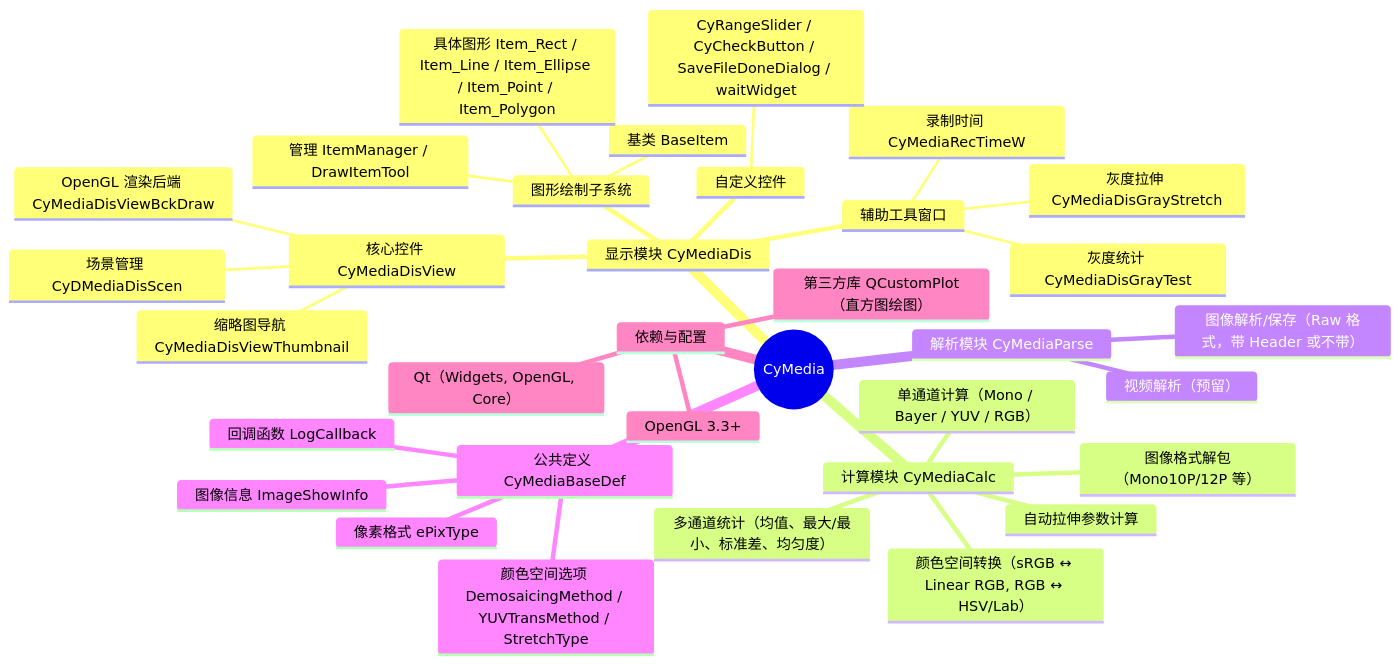
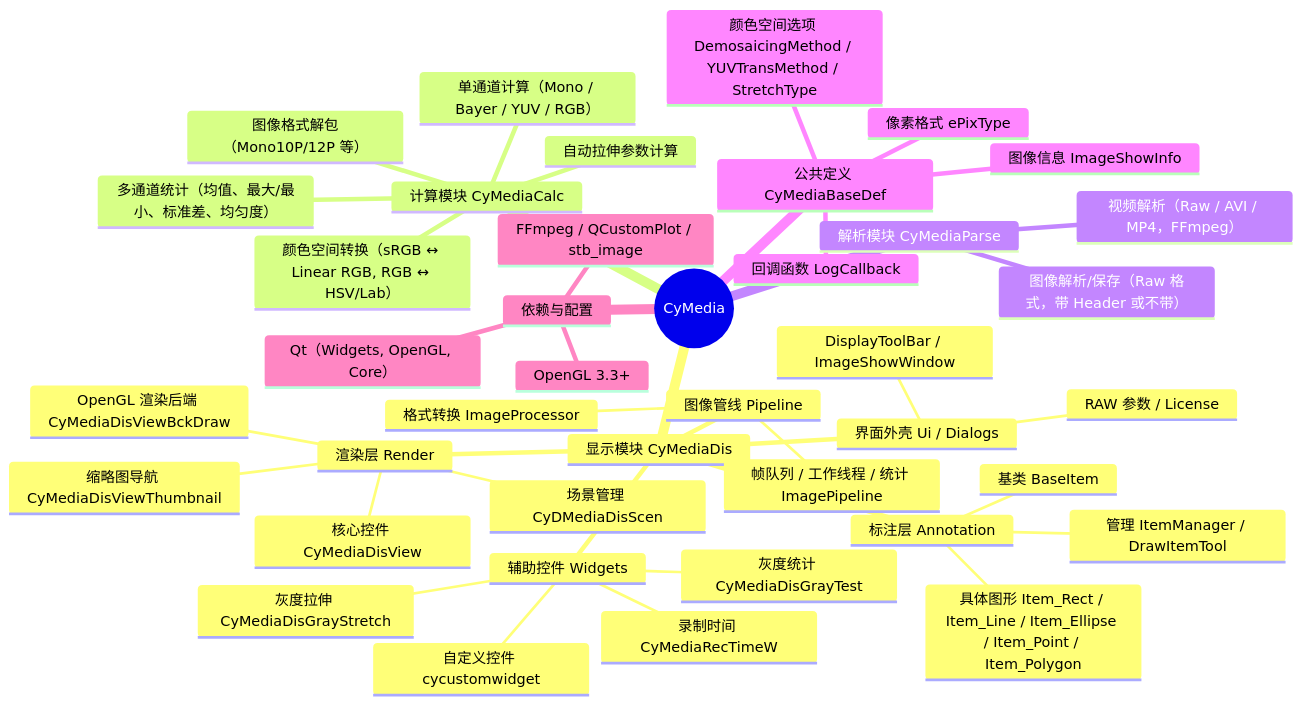
The diagram in README.md (superl-github/industrial-image-viewer-qt-opengl), drawn with Mermaid before and after one commit. The commit also changed other lines of this file and 85 other files, not shown here.

````diff
--- a/README.md
+++ b/README.md
@@ -17,41 +46,47 @@
 ```mermaid
 mindmap
   root((CyMedia))
     显示模块 CyMediaDis
-      ::: 集成显示、交互、工具
-      核心控件 CyMediaDisView
+      ::: 门面 + UI 适配
+      图像管线 Pipeline
+        帧队列 / 工作线程 / 统计 ImagePipeline
+        格式转换 ImageProcessor
+      渲染层 Render
+        核心控件 CyMediaDisView
         OpenGL 渲染后端 CyMediaDisViewBckDraw
         缩略图导航 CyMediaDisViewThumbnail
         场景管理 CyDMediaDisScen
-      图形绘制子系统
+      标注层 Annotation
         基类 BaseItem
         具体图形 Item_Rect / Item_Line / Item_Ellipse / Item_Point / Item_Polygon
         管理 ItemManager / DrawItemTool
-      辅助工具窗口
+      辅助控件 Widgets
         灰度拉伸 CyMediaDisGrayStretch
         灰度统计 CyMediaDisGrayTest
         录制时间 CyMediaRecTimeW
-      自定义控件
-        CyRangeSlider / CyCheckButton / SaveFileDoneDialog / waitWidget
+        自定义控件 cycustomwidget
+      界面外壳 Ui / Dialogs
+        DisplayToolBar / ImageShowWindow
+        RAW 参数 / License
     计算模块 CyMediaCalc
       ::: 直方图、拉伸参数、颜色转换
       单通道计算（Mono / Bayer / YUV / RGB）
       多通道统计（均值、最大/最小、标准差、均匀度）
       自动拉伸参数计算
       颜色空间转换（sRGB ↔ Linear RGB, RGB ↔ HSV/Lab）
       图像格式解包（Mono10P/12P 等）
     解析模块 CyMediaParse
       ::: 文件读写
       图像解析/保存（Raw 格式，带 Header 或不带）
-      视频解析（预留）
+      视频解析（Raw / AVI / MP4，FFmpeg）
     公共定义 CyMediaBaseDef
       ::: 枚举、结构、回调
       像素格式 ePixType
       图像信息 ImageShowInfo
       颜色空间选项 DemosaicingMethod / YUVTransMethod / StretchType
       回调函数 LogCallback
     依赖与配置
       Qt（Widgets, OpenGL, Core）
       OpenGL 3.3+
-      第三方库 QCustomPlot（直方图绘图）
+      FFmpeg / QCustomPlot / stb_image
 ```
````
